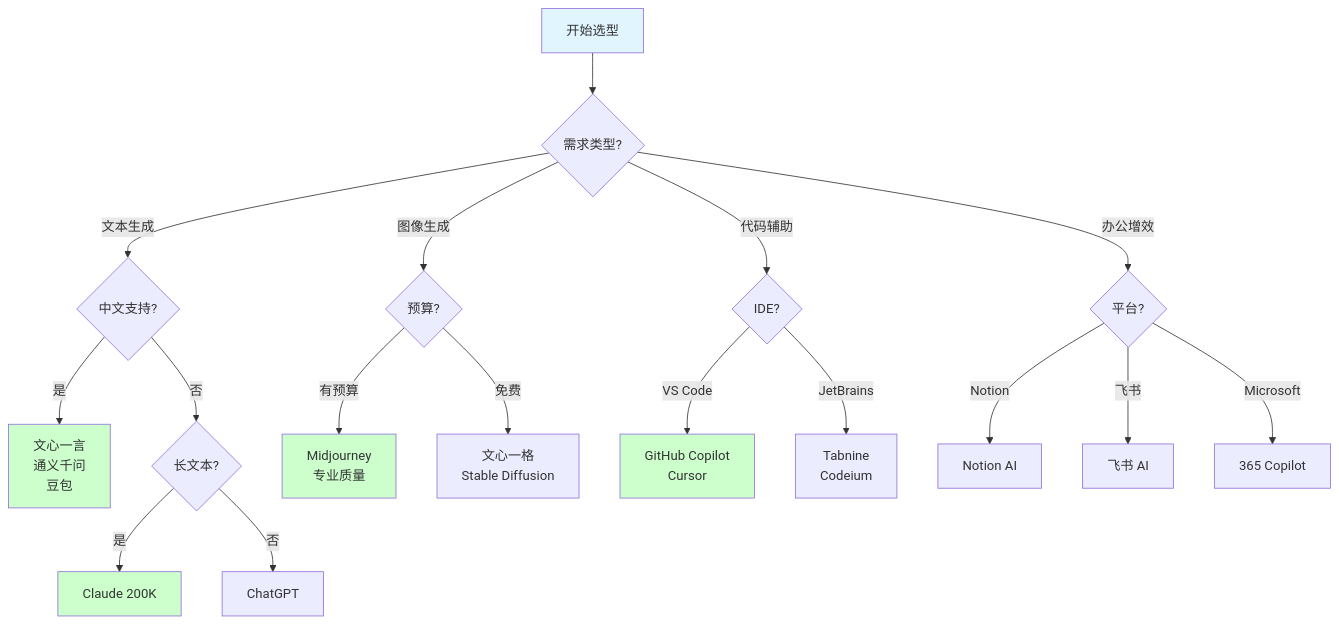
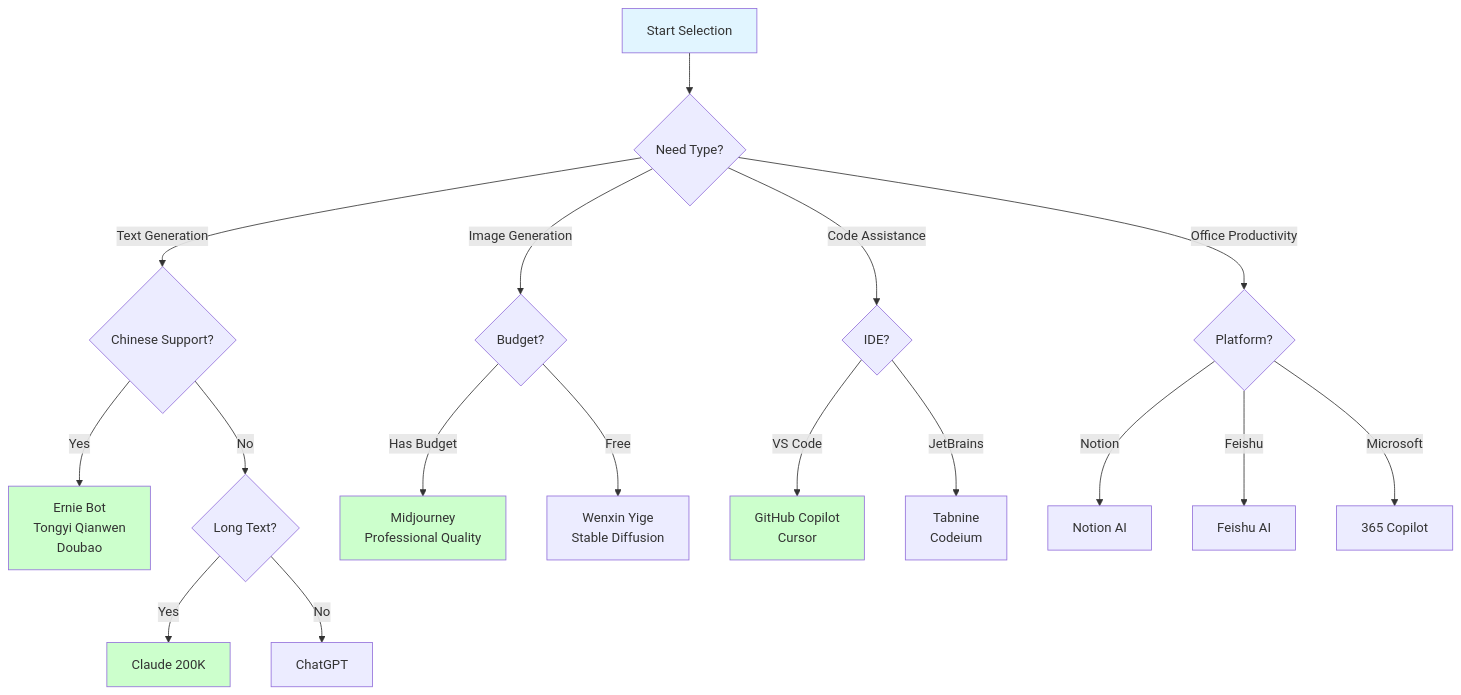
One commit to tianhongTina/ai-literacy-bootcamp changed the third of 3 diagrams in docs/lessons/lesson-6.md. Above: the diagram before and after it, drawn with Mermaid. The commit also changed other lines of this file and 18 other files, not shown here.

````diff
--- a/docs/lessons/lesson-6.md
+++ b/docs/lessons/lesson-6.md
@@ -153,29 +153,29 @@
 ```mermaid
 graph TD
-    A[开始选型] --> B{需求类型?}
+    A[Start Selection] --> B{Need Type?}
     
-    B -->|文本生成| C{中文支持?}
-    C -->|是| D[文心一言<br/>通义千问<br/>豆包]
-    C -->|否| E{长文本?}
-    E -->|是| F[Claude 200K]
-    E -->|否| G[ChatGPT]
+    B -->|Text Generation| C{Chinese Support?}
+    C -->|Yes| D[Ernie Bot<br/>Tongyi Qianwen<br/>Doubao]
+    C -->|No| E{Long Text?}
+    E -->|Yes| F[Claude 200K]
+    E -->|No| G[ChatGPT]
     
-    B -->|图像生成| H{预算?}
-    H -->|有预算| I[Midjourney<br/>专业质量]
-    H -->|免费| J[文心一格<br/>Stable Diffusion]
+    B -->|Image Generation| H{Budget?}
+    H -->|Has Budget| I[Midjourney<br/>Professional Quality]
+    H -->|Free| J[Wenxin Yige<br/>Stable Diffusion]
     
-    B -->|代码辅助| K{IDE?}
+    B -->|Code Assistance| K{IDE?}
     K -->|VS Code| L[GitHub Copilot<br/>Cursor]
     K -->|JetBrains| M[Tabnine<br/>Codeium]
     
-    B -->|办公增效| N{平台?}
+    B -->|Office Productivity| N{Platform?}
     N -->|Notion| O[Notion AI]
-    N -->|飞书| P[飞书 AI]
+    N -->|Feishu| P[Feishu AI]
     N -->|Microsoft| Q[365 Copilot]
     
     style A fill:#e1f5ff
     style D fill:#ccffcc
     style F fill:#ccffcc
     style I fill:#ccffcc
     style L fill:#ccffcc
 ```
````
